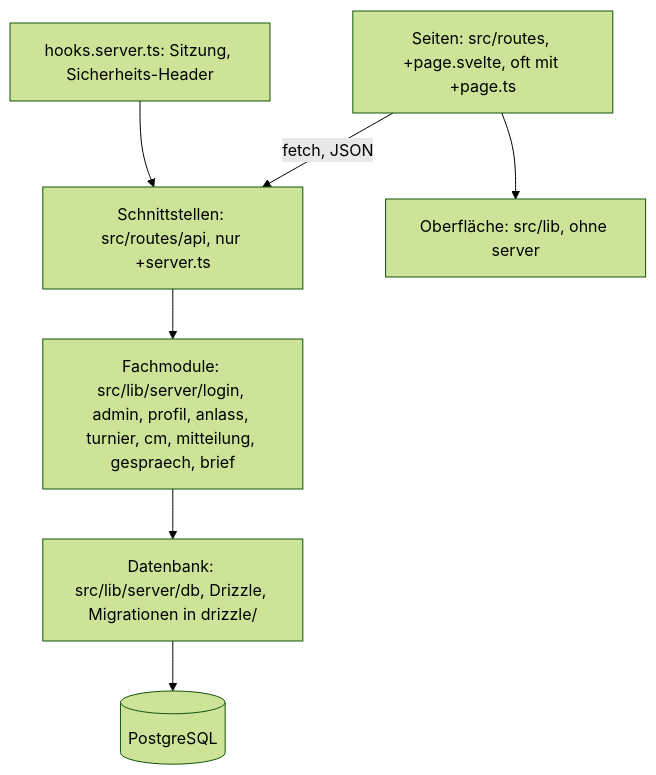
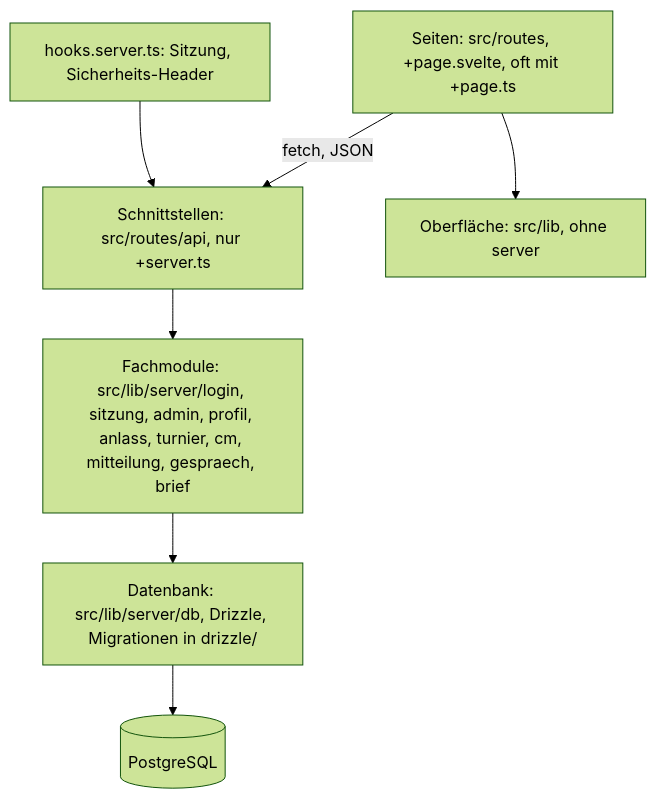
The second of 3 diagrams in docs/arc42.md (konstantinniedermann/tco-app), drawn with Mermaid (forest theme) before and after one commit. The commit also changed 1 other file, not shown here.

Commit message:
docs: Context-Scopes und arc42 nennen das Modul sitzung
Die Zeile «Login und Sitzung» in docs/context-scopes.md und die Liste der
Fachmodule im Bausteindiagramm von docs/arc42.md führen
src/lib/server/sitzung/ (Antwort von /api/sitzung). Schritt 10.

Claude-Session: https://claude.ai/code/session_01PepCy9aEUNEwGQSv5LqwLm

````diff
--- a/docs/arc42.md
+++ b/docs/arc42.md
@@ -75,9 +75,9 @@
 ```mermaid
 flowchart TD
   S["Seiten: src/routes, +page.svelte, oft mit +page.ts"] -->|fetch, JSON| API["Schnittstellen: src/routes/api, nur +server.ts"]
   S --> UI["Oberfläche: src/lib, ohne server"]
   H["hooks.server.ts: Sitzung, Sicherheits-Header"] --> API
-  API --> F["Fachmodule: src/lib/server/login, admin, profil, anlass, turnier, cm, mitteilung, gespraech, brief"]
+  API --> F["Fachmodule: src/lib/server/login, sitzung, admin, profil, anlass, turnier, cm, mitteilung, gespraech, brief"]
   F --> DB["Datenbank: src/lib/server/db, Drizzle, Migrationen in drizzle/"]
   DB --> PG[(PostgreSQL)]
 ```
````
